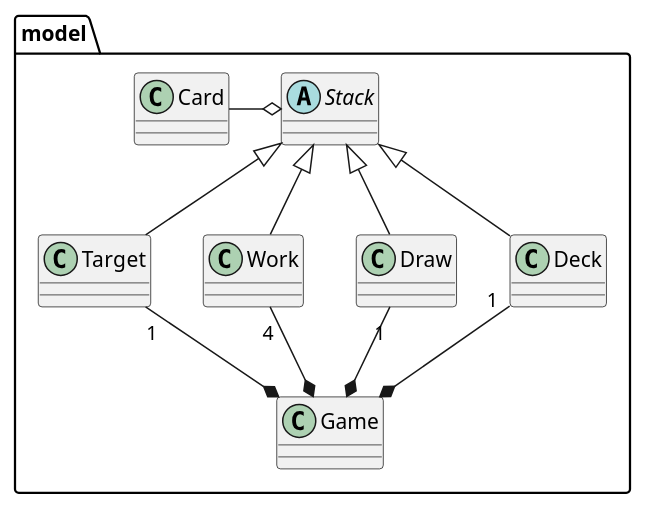
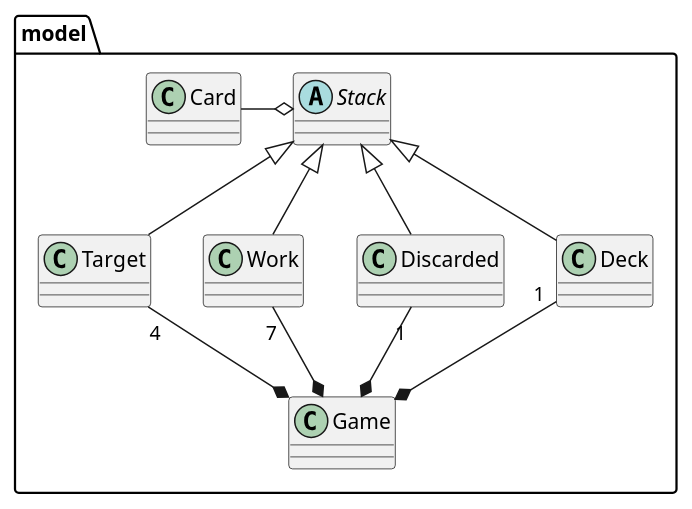
One commit to hombrenieve/klondike_rup changed the diagram in uml/logic-view/architecture/models.puml. Above: the diagram before and after it, drawn with PlantUML. The commit also changed 2 other files, not shown here.

Commit message:
Finish game activity diagram

```diff
--- a/uml/logic-view/architecture/models.puml
+++ b/uml/logic-view/architecture/models.puml
@@ -1,19 +1,19 @@
 @startuml
 
 
 package model {
 
 	abstract Stack
 	Stack <|-- Deck
-	Stack <|-- Draw
+	Stack <|-- Discarded
 	Stack <|-- Work
 	Stack <|-- Target
 	Card -o Stack
 	Game *-up- "1" Deck
-	Game *-up- "1" Draw
-	Game *-up- "4" Work
-	Game *-up- "1" Target
+	Game *-up- "1" Discarded
+	Game *-up- "7" Work
+	Game *-up- "4" Target
 
 }
 
 @enduml
```
